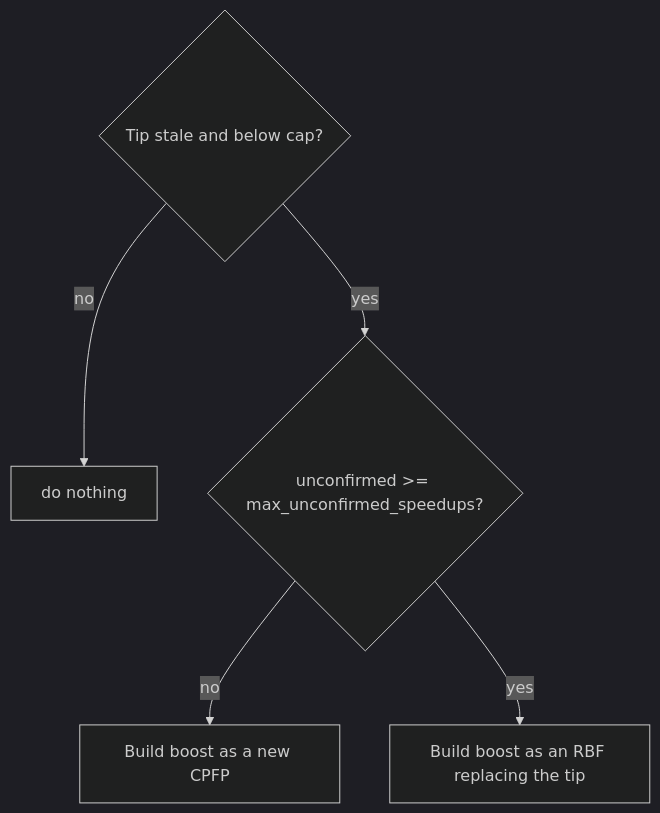
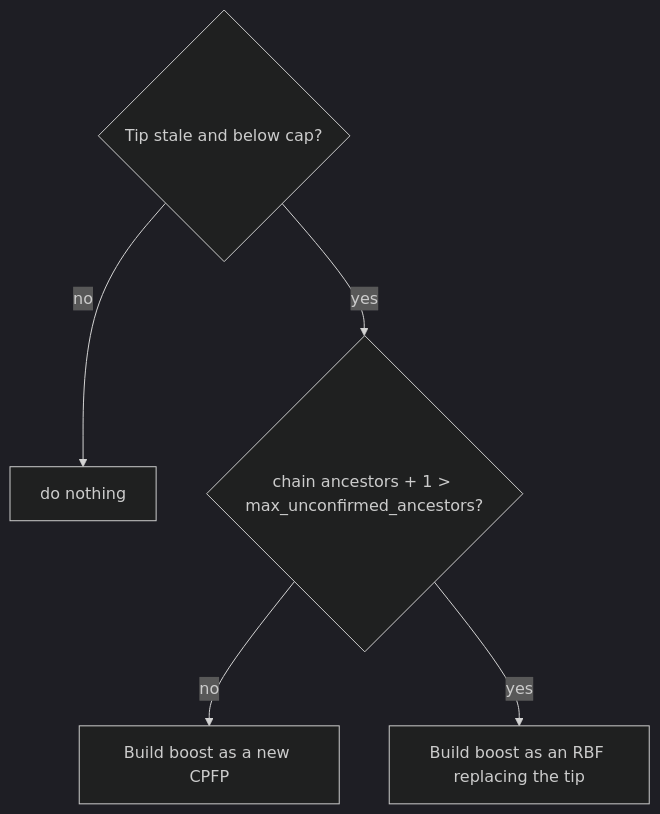
The second of 2 diagrams in docs/speedup.md (FairgateLabs/rust-bitvmx-bitcoin), drawn with Mermaid (dark theme) before and after one commit. The commit also changed other lines of this file and 8 other files, not shown here.

````diff
--- a/docs/speedup.md
+++ b/docs/speedup.md
@@ -85,7 +102,7 @@
 ```mermaid
 flowchart TD
     Stale{Tip stale and below cap?} -->|no| Skip[do nothing]
-    Stale -->|yes| Count{unconfirmed >= max_unconfirmed_speedups?}
+    Stale -->|yes| Count{chain ancestors + 1 > max_unconfirmed_ancestors?}
     Count -->|no| CPFP[Build boost as a new CPFP]
     Count -->|yes| RBF[Build boost as an RBF replacing the tip]
 ```
````
